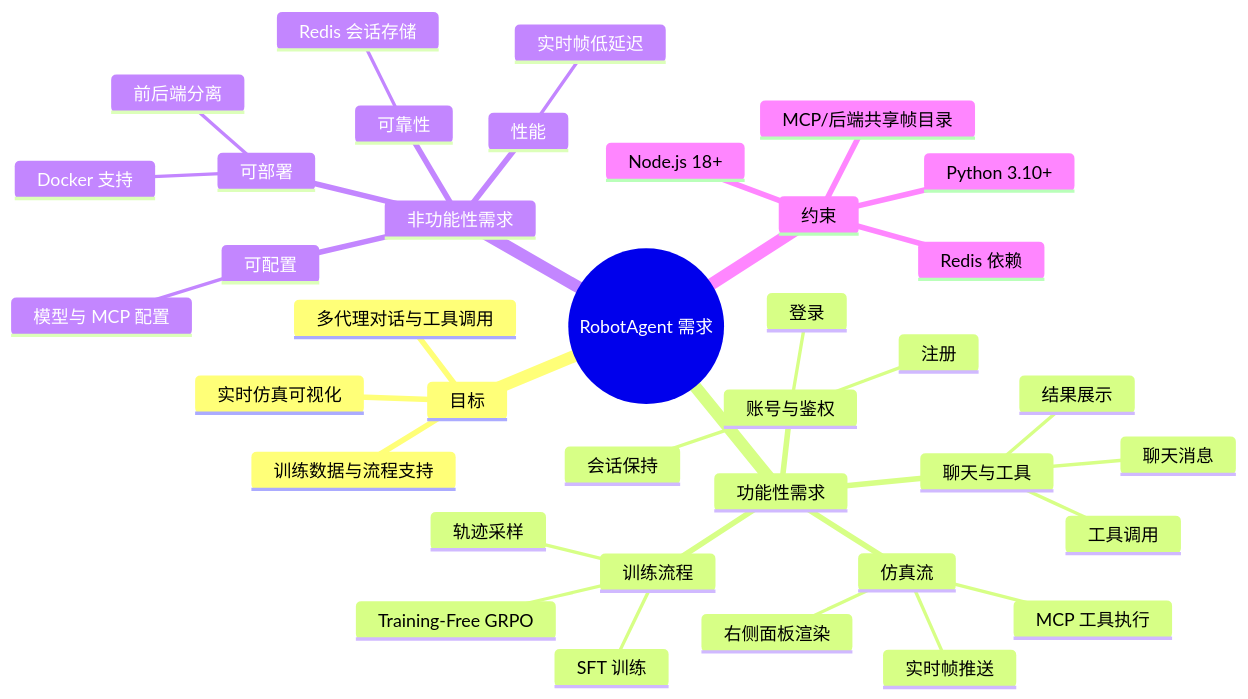
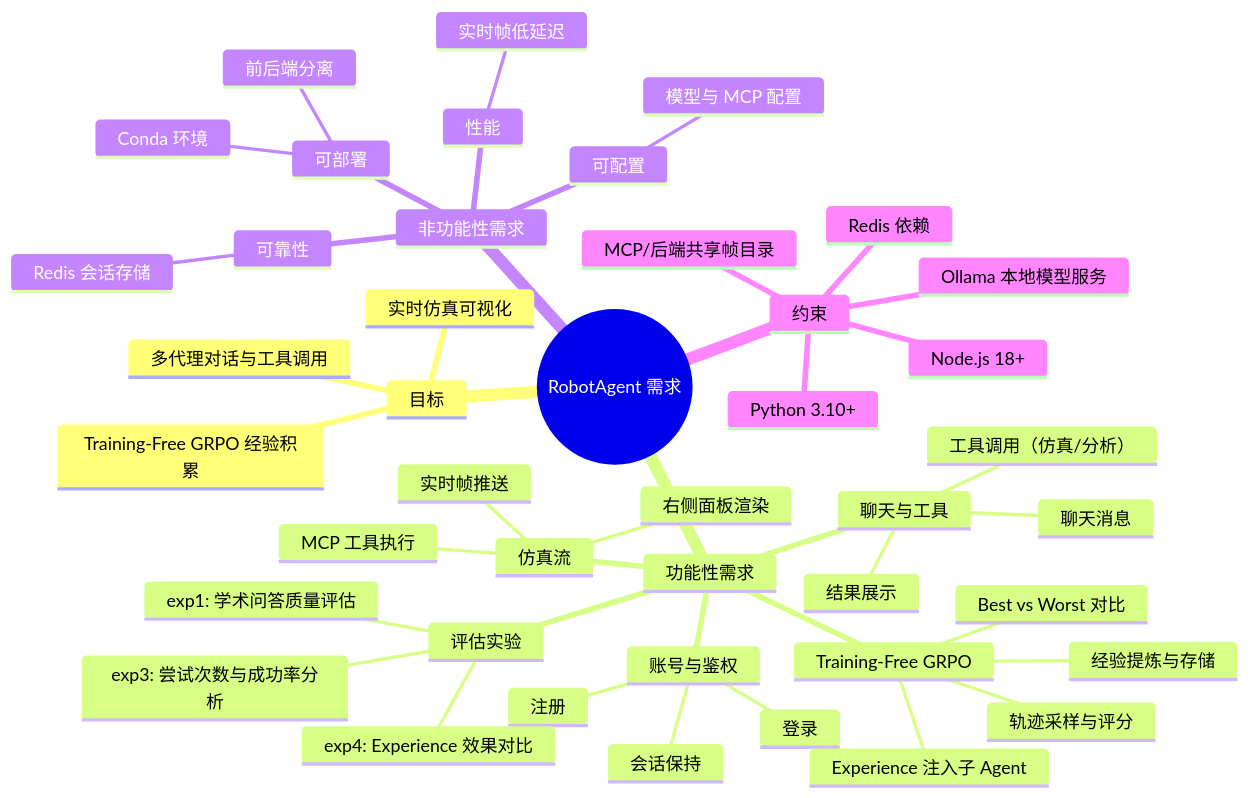
The diagram in charts/requirements.md (Playitcooool/robotagent), drawn with Mermaid before and after one commit. The commit also changed 4 other files, not shown here.

First line of the commit message:
Update charts: fix outdated model names and requirements

````diff
--- a/charts/requirements.md
+++ b/charts/requirements.md
@@ -3,40 +3,46 @@
 ```mermaid
 mindmap
   root((RobotAgent 需求))
     目标
       多代理对话与工具调用
       实时仿真可视化
-      训练数据与流程支持
+      Training-Free GRPO 经验积累
     功能性需求
       账号与鉴权
         注册
         登录
         会话保持
       聊天与工具
         聊天消息
-        工具调用
+        工具调用（仿真/分析）
         结果展示
       仿真流
         MCP 工具执行
         实时帧推送
         右侧面板渲染
-      训练流程
-        SFT 训练
-        轨迹采样
-        Training-Free GRPO
+      Training-Free GRPO
+        轨迹采样与评分
+        Best vs Worst 对比
+        经验提炼与存储
+        Experience 注入子 Agent
+      评估实验
+        exp1: 学术问答质量评估
+        exp3: 尝试次数与成功率分析
+        exp4: Experience 效果对比
     非功能性需求
       性能
         实时帧低延迟
       可靠性
         Redis 会话存储
       可配置
         模型与 MCP 配置
       可部署
-        Docker 支持
         前后端分离
+        Conda 环境
     约束
       Python 3.10+
       Node.js 18+
       Redis 依赖
       MCP/后端共享帧目录
+      Ollama 本地模型服务
 ```
````
